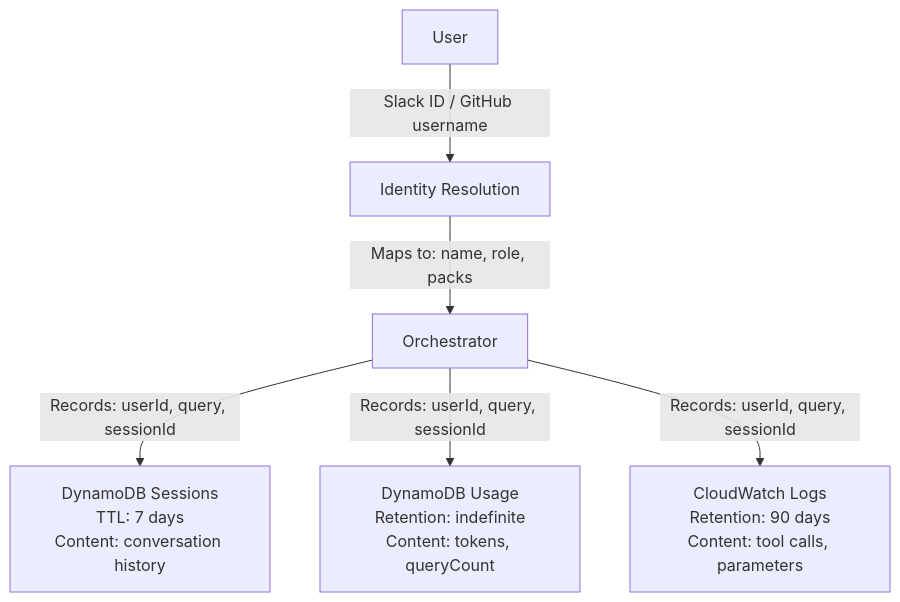
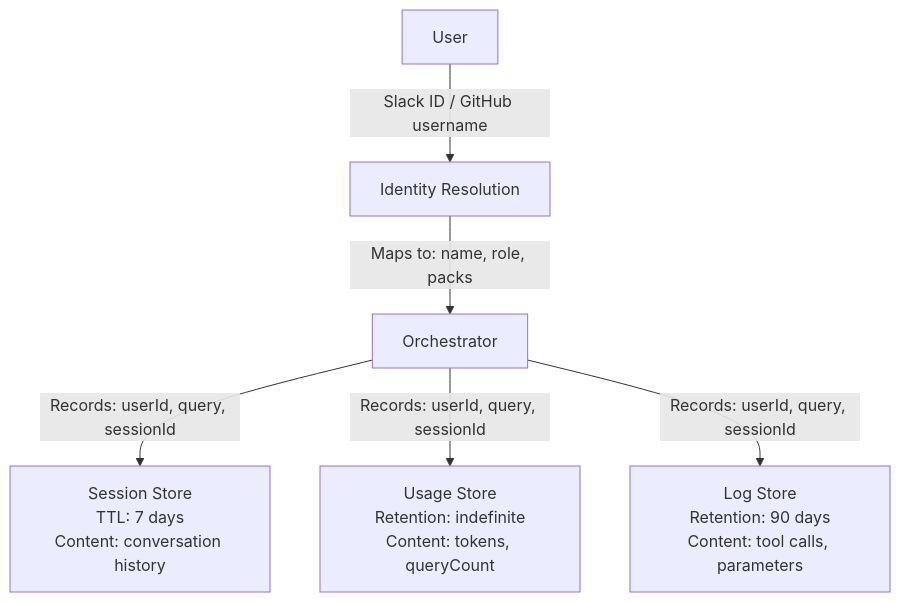
One commit to phbruce/agentrun changed the tenth of 31 diagrams in docs/book/agentrun-book.md. Above: the diagram before and after it, drawn with Mermaid. The commit also changed other lines of this file, not shown here.

````diff
--- a/docs/book/agentrun-book.md
+++ b/docs/book/agentrun-book.md
@@ -1612,8 +1615,8 @@
 ```mermaid
 flowchart TB
     A["User"] -->|"Slack ID / GitHub username"| B["Identity Resolution"]
     B -->|"Maps to: name, role, packs"| C["Orchestrator"]
-    C -->|"Records: userId, query, sessionId"| D["DynamoDB Sessions\nTTL: 7 days\nContent: conversation history"]
-    C -->|"Records: userId, query, sessionId"| E["DynamoDB Usage\nRetention: indefinite\nContent: tokens, queryCount"]
-    C -->|"Records: userId, query, sessionId"| F["CloudWatch Logs\nRetention: 90 days\nContent: tool calls, parameters"]
+    C -->|"Records: userId, query, sessionId"| D["Session Store\nTTL: 7 days\nContent: conversation history"]
+    C -->|"Records: userId, query, sessionId"| E["Usage Store\nRetention: indefinite\nContent: tokens, queryCount"]
+    C -->|"Records: userId, query, sessionId"| F["Log Store\nRetention: 90 days\nContent: tool calls, parameters"]
 ```
````
